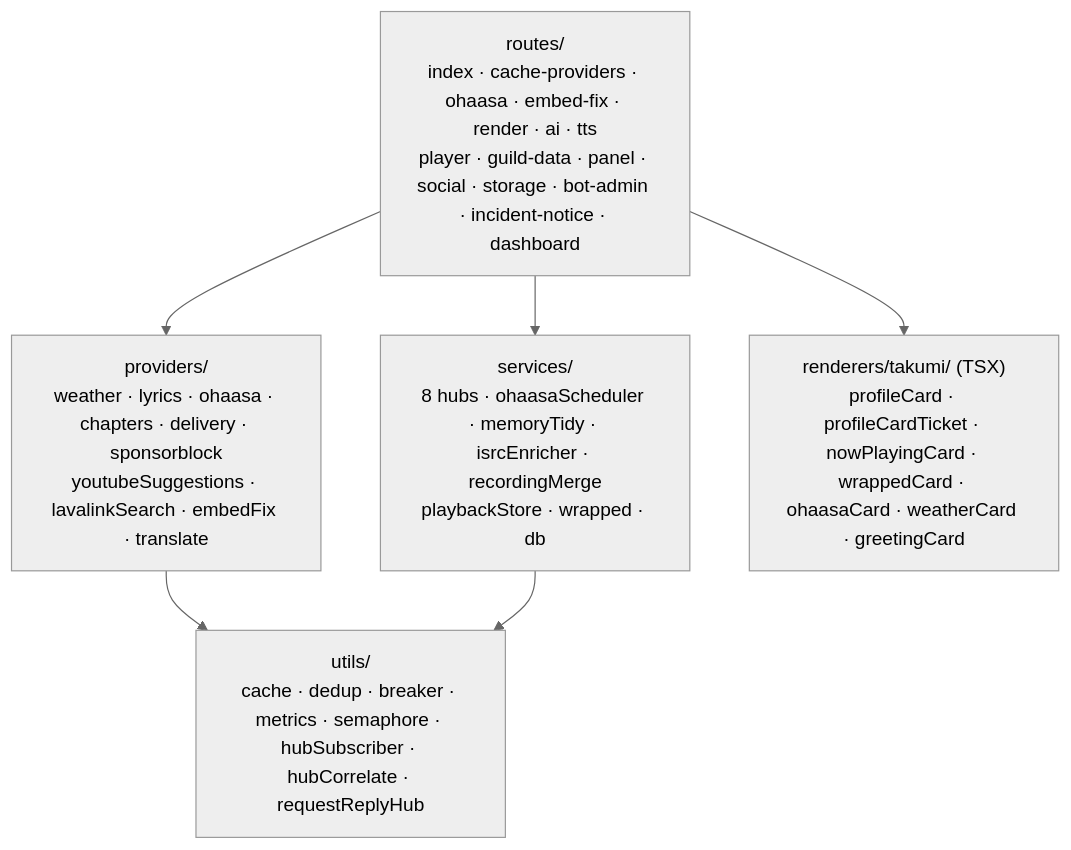
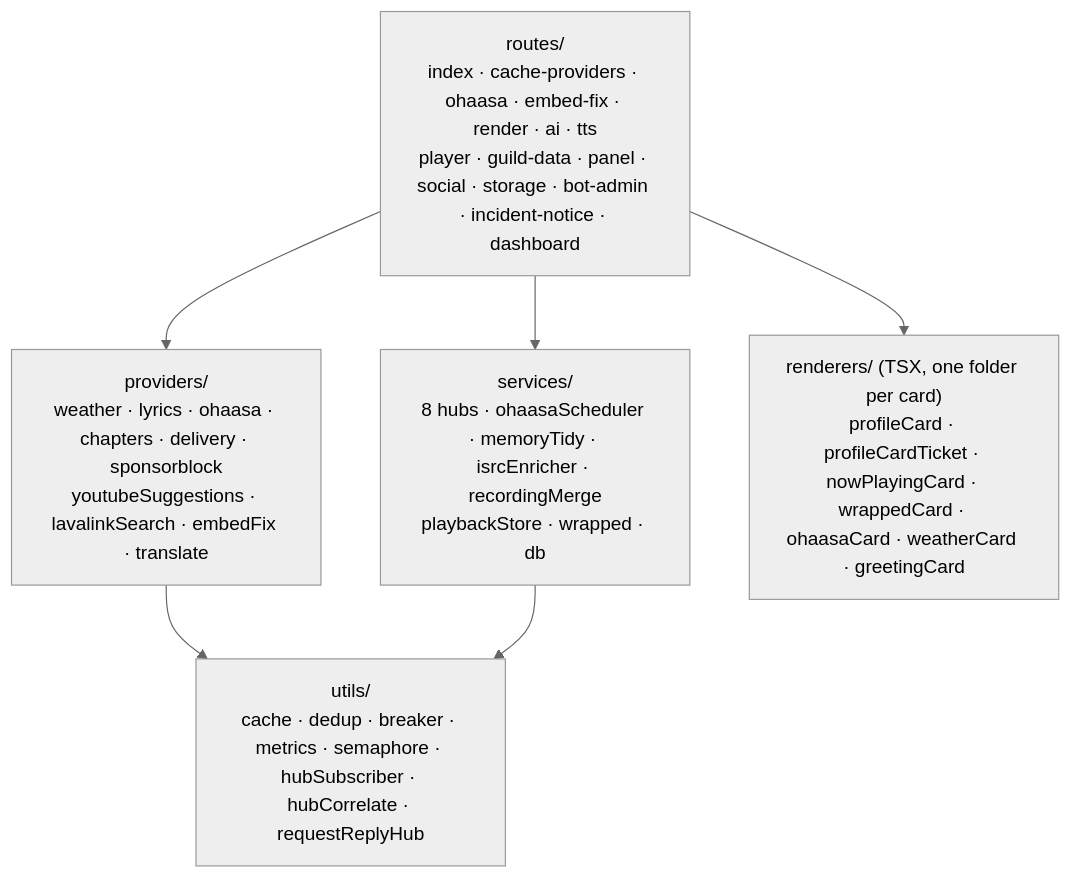
Before and after one commit to mochilabs/SiruBOT: the third of 10 diagrams in docs/architecture.md, drawn with Mermaid (neutral theme). The commit also changed other lines of this file and 32 other files, not shown here.

````diff
--- a/docs/architecture.md
+++ b/docs/architecture.md
@@ -217,8 +217,8 @@
 ```mermaid
 graph TB
     R1["routes/<br/>index · cache-providers · ohaasa · embed-fix · render · ai · tts<br/>player · guild-data · panel · social · storage · bot-admin · incident-notice · dashboard"] --> P["providers/<br/>weather · lyrics · ohaasa · chapters · delivery · sponsorblock<br/>youtubeSuggestions · lavalinkSearch · embedFix · translate"]
     R1 --> S["services/<br/>8 hubs · ohaasaScheduler · memoryTidy · isrcEnricher · recordingMerge<br/>playbackStore · wrapped · db"]
-    R1 --> RD["renderers/takumi/ (TSX)<br/>profileCard · profileCardTicket · nowPlayingCard · wrappedCard · ohaasaCard · weatherCard · greetingCard"]
+    R1 --> RD["renderers/ (TSX, one folder per card)<br/>profileCard · profileCardTicket · nowPlayingCard · wrappedCard · ohaasaCard · weatherCard · greetingCard"]
     P --> U["utils/<br/>cache · dedup · breaker · metrics · semaphore · hubSubscriber · hubCorrelate · requestReplyHub"]
     S --> U
 ```
````
